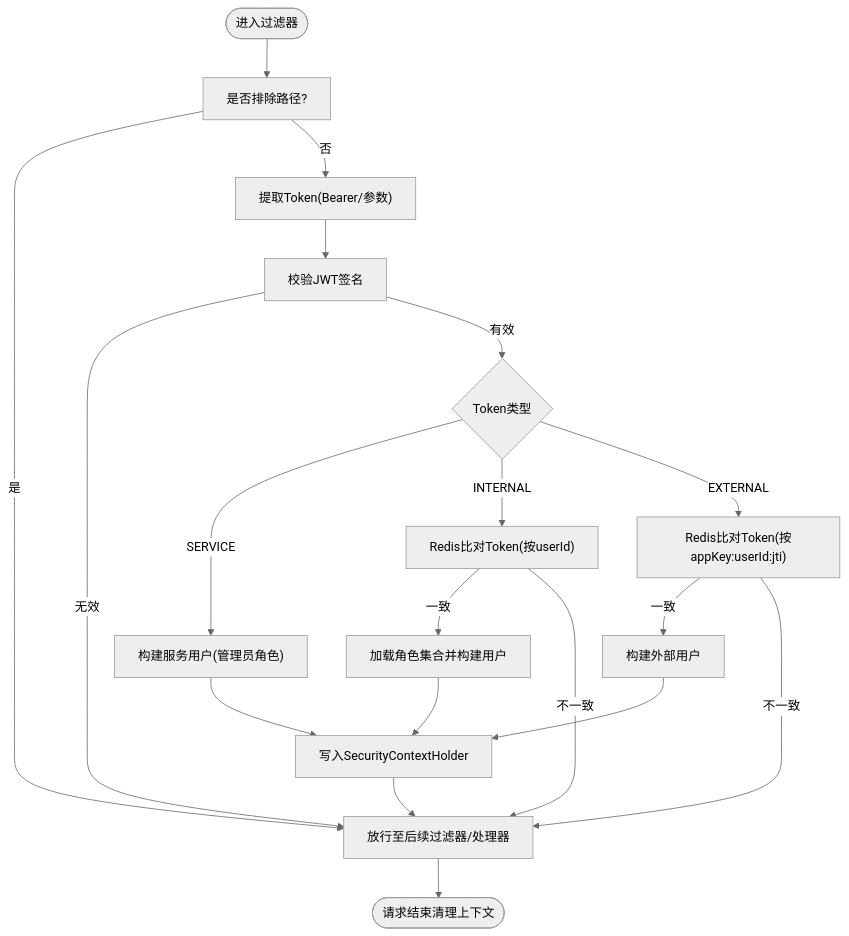
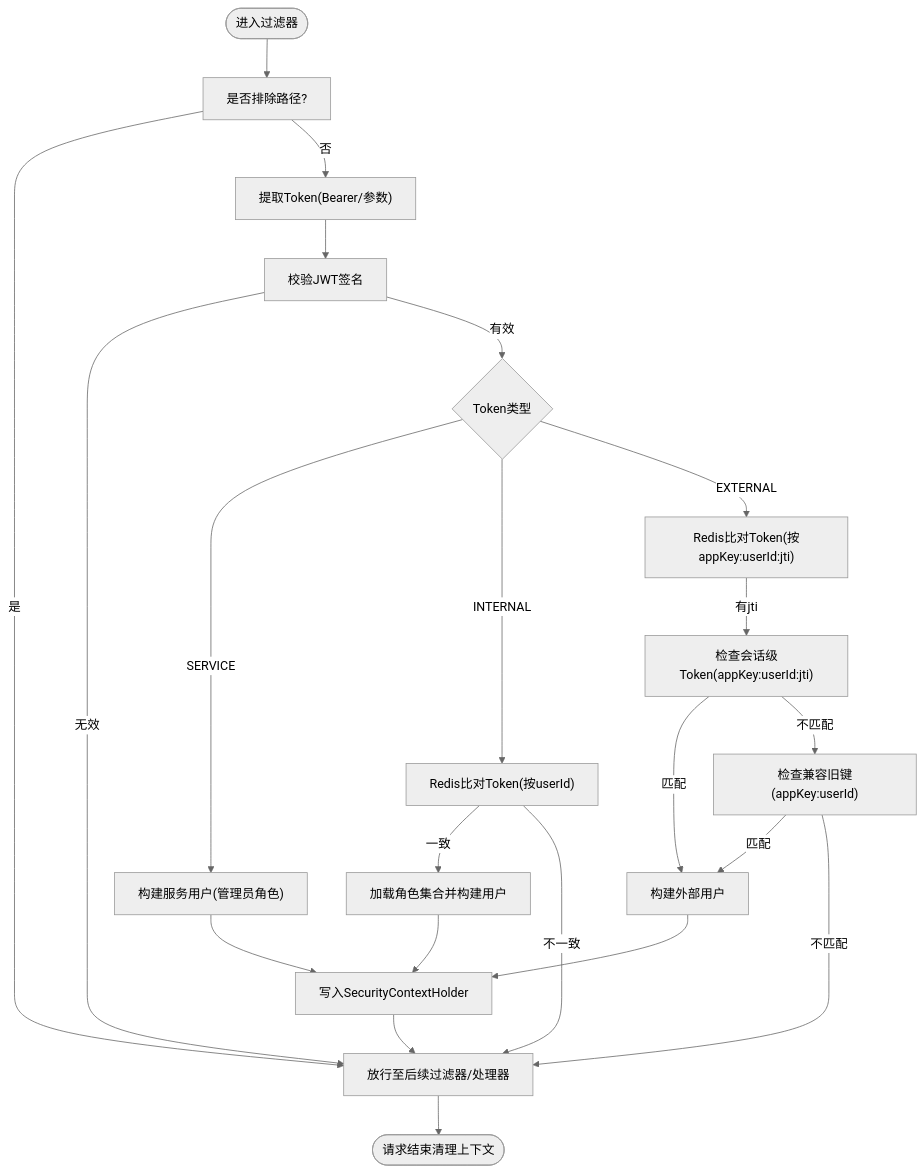
One commit to DrunkFood/First changed the third of 12 diagrams in .qoder/repowiki/zh/content/后端服务/公共模块 (ele-ai-tender-common)/安全认证与授权.md. Above: the diagram before and after it, drawn with Mermaid (neutral theme). The commit also changed other lines of this file and 66 other files, not shown here.

````diff
--- a/.qoder/repowiki/zh/content/后端服务/公共模块 (ele-ai-tender-common)/安全认证与授权.md
+++ b/.qoder/repowiki/zh/content/后端服务/公共模块 (ele-ai-tender-common)/安全认证与授权.md
@@ -174,21 +200,24 @@
 ```mermaid
 flowchart TD
 Start(["进入过滤器"]) --> CheckExclude["是否排除路径?"]
 CheckExclude --> |是| Next["放行至后续过滤器/处理器"]
 CheckExclude --> |否| Extract["提取Token(Bearer/参数)"]
 Extract --> Validate["校验JWT签名"]
 Validate --> |无效| Next
 Validate --> |有效| TypeCheck{"Token类型"}
 TypeCheck --> |SERVICE| BuildSvc["构建服务用户(管理员角色)"]
 TypeCheck --> |INTERNAL| CheckInternal["Redis比对Token(按userId)"]
 TypeCheck --> |EXTERNAL| CheckExternal["Redis比对Token(按appKey:userId:jti)"]
 CheckInternal --> |一致| LoadRoles["加载角色集合并构建用户"]
 CheckInternal --> |不一致| Next
-CheckExternal --> |一致| BuildExt["构建外部用户"]
-CheckExternal --> |不一致| Next
-BuildSvc --> SetCtx["写入SecurityContextHolder"]
+CheckExternal --> |有jti| CheckSession["检查会话级Token(appKey:userId:jti)"]
+CheckSession --> |匹配| BuildExt["构建外部用户"]
+CheckSession --> |不匹配| CheckLegacy["检查兼容旧键(appKey:userId)"]
+CheckLegacy --> |匹配| BuildExt
+CheckLegacy --> |不匹配| Next
+BuildExt --> SetCtx["写入SecurityContextHolder"]
+BuildSvc --> SetCtx
 LoadRoles --> SetCtx
-BuildExt --> SetCtx
 SetCtx --> Next
 Next --> End(["请求结束清理上下文"])
 ```
````
